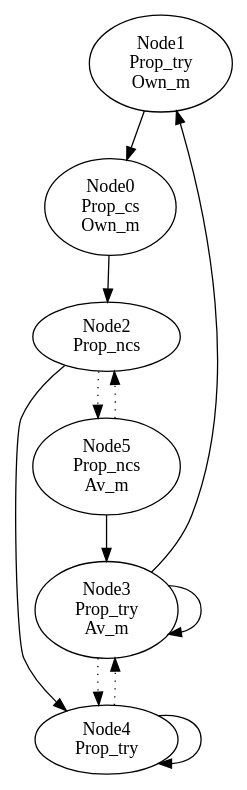
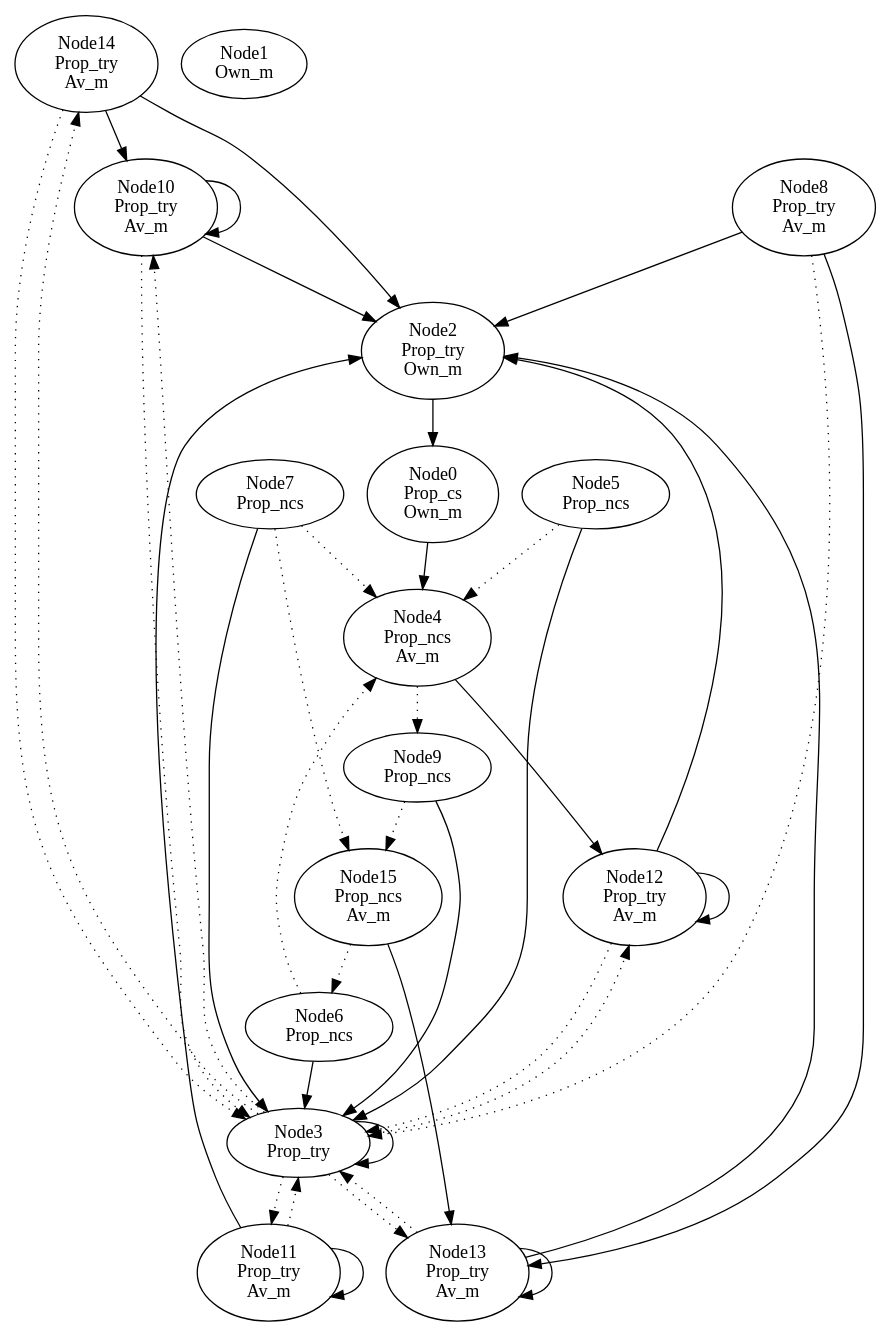
The diagram in output/p3final.dot (cl-unrc-lab/PhilStone), drawn with Graphviz before and after one commit. The commit also changed 17 other files, not shown here.

```diff
--- a/output/p3final.dot
+++ b/output/p3final.dot
@@ -1,19 +1,57 @@
 digraph G{
-Node1->Node0;
-Node1 [label = "Node1\nProp_try\nOwn_m"];
-Node0->Node2;
+Node14->Node10;
+Node14->Node2;
+Node14->Node3[style=dotted];
+Node14 [label = "Node14\nProp_try\nAv_m"];
+Node13->Node13;
+Node13->Node2;
+Node13->Node3[style=dotted];
+Node13 [label = "Node13\nProp_try\nAv_m"];
+Node15->Node13;
+Node15->Node6[style=dotted];
+Node15 [label = "Node15\nProp_ncs\nAv_m"];
+Node10->Node10;
+Node10->Node2;
+Node10->Node3[style=dotted];
+Node10 [label = "Node10\nProp_try\nAv_m"];
+Node12->Node12;
+Node12->Node2;
+Node12->Node3[style=dotted];
+Node12 [label = "Node12\nProp_try\nAv_m"];
+Node11->Node11;
+Node11->Node2;
+Node11->Node3[style=dotted];
+Node11 [label = "Node11\nProp_try\nAv_m"];
+Node9->Node3;
+Node9->Node15[style=dotted];
+Node9 [label = "Node9\nProp_ncs"];
+Node8->Node13;
+Node8->Node2;
+Node8->Node3[style=dotted];
+Node8 [label = "Node8\nProp_try\nAv_m"];
+Node7->Node3;
+Node7->Node4[style=dotted];
+Node7->Node15[style=dotted];
+Node7 [label = "Node7\nProp_ncs"];
+Node6->Node3;
+Node6->Node4[style=dotted];
+Node6 [label = "Node6\nProp_ncs"];
+Node5->Node3;
+Node5->Node4[style=dotted];
+Node5 [label = "Node5\nProp_ncs"];
+Node4->Node12;
+Node4->Node9[style=dotted];
+Node4 [label = "Node4\nProp_ncs\nAv_m"];
+Node3->Node3;
+Node3->Node10[style=dotted];
+Node3->Node11[style=dotted];
+Node3->Node12[style=dotted];
+Node3->Node13[style=dotted];
+Node3->Node14[style=dotted];
+Node3 [label = "Node3\nProp_try"];
+Node2->Node0;
+Node2 [label = "Node2\nProp_try\nOwn_m"];
+Node1 [label = "Node1\nOwn_m"];
+Node0->Node4;
 Node0 [label = "Node0\nProp_cs\nOwn_m"];
-Node5->Node3;
-Node5->Node2[style=dotted];
-Node5 [label = "Node5\nProp_ncs\nAv_m"];
-Node4->Node4;
-Node4->Node3[style=dotted];
-Node4 [label = "Node4\nProp_try"];
-Node3->Node3;
-Node3->Node1;
-Node3->Node4[style=dotted];
-Node3 [label = "Node3\nProp_try\nAv_m"];
-Node2->Node4;
-Node2->Node5[style=dotted];
-Node2 [label = "Node2\nProp_ncs"];
 }
```
